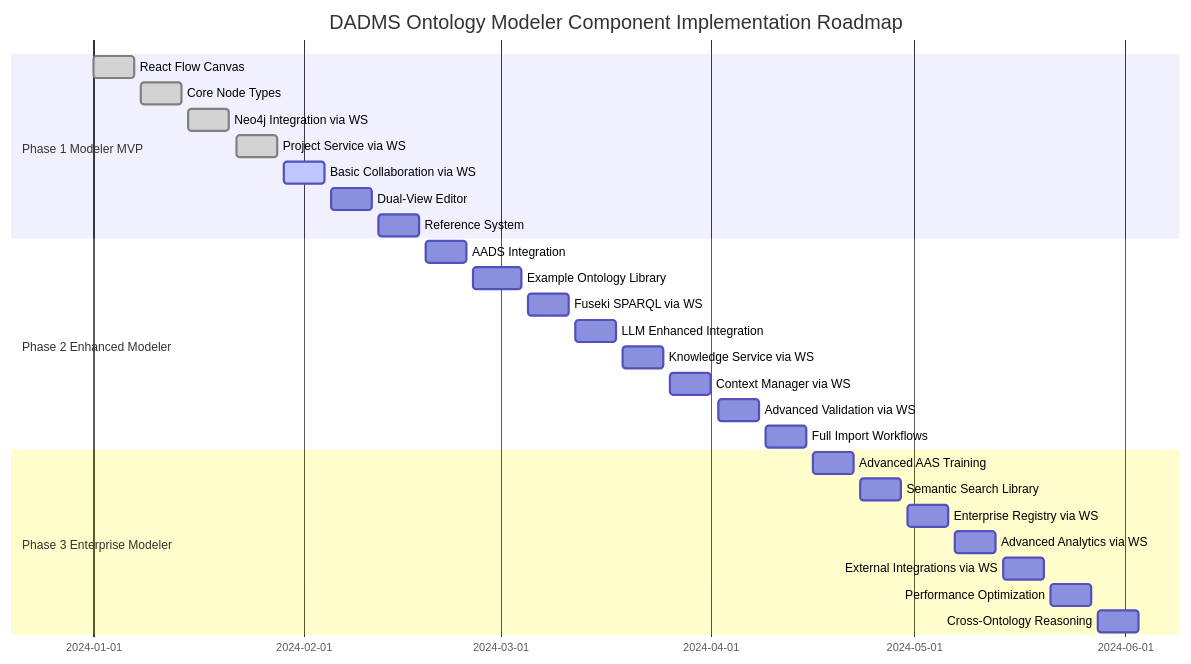
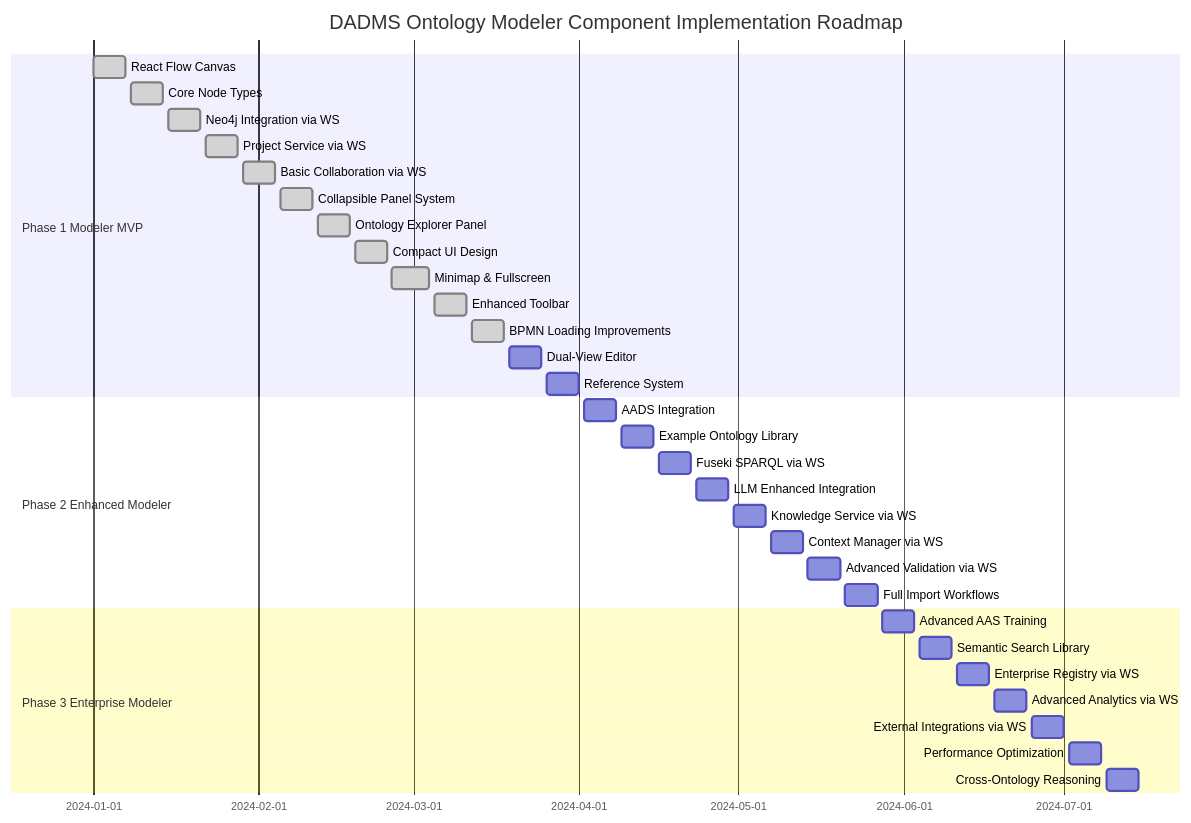
The seventh of 7 diagrams in docs/architecture/ontology_modeler_specification.md (laserpointlabs/dadms), drawn with Mermaid before and after one commit. The commit also changed other lines of this file and 4 other files, not shown here.

First line of the commit message:
feat: Enhance BPMN modeler with improved loading and UI state management

````diff
--- a/docs/architecture/ontology_modeler_specification.md
+++ b/docs/architecture/ontology_modeler_specification.md
@@ -485,32 +535,38 @@
 ```mermaid
 gantt
     title DADMS Ontology Modeler Component Implementation Roadmap
     dateFormat  YYYY-MM-DD
     section Phase 1 Modeler MVP
     React Flow Canvas            :done, canvas, 2024-01-01, 2024-01-07
     Core Node Types             :done, nodes, 2024-01-08, 2024-01-14
     Neo4j Integration via WS    :done, neo4j, 2024-01-15, 2024-01-21
     Project Service via WS      :done, project, 2024-01-22, 2024-01-28
-    Basic Collaboration via WS  :active, collab1, 2024-01-29, 2024-02-04
-    Dual-View Editor            :dualview, 2024-02-05, 2024-02-11
-    Reference System            :reference, 2024-02-12, 2024-02-18
+    Basic Collaboration via WS  :done, collab1, 2024-01-29, 2024-02-04
+    Collapsible Panel System    :done, panels, 2024-02-05, 2024-02-11
+    Ontology Explorer Panel     :done, explorer, 2024-02-12, 2024-02-18
+    Compact UI Design           :done, compact, 2024-02-19, 2024-02-25
+    Minimap & Fullscreen        :done, controls, 2024-02-26, 2024-03-04
+    Enhanced Toolbar            :done, toolbar, 2024-03-05, 2024-03-11
+    BPMN Loading Improvements   :done, bpmn, 2024-03-12, 2024-03-18
+    Dual-View Editor            :dualview, 2024-03-19, 2024-03-25
+    Reference System            :reference, 2024-03-26, 2024-04-01
     
     section Phase 2 Enhanced Modeler
-    AADS Integration            :aads, 2024-02-19, 2024-02-25
-    Example Ontology Library    :examples, 2024-02-26, 2024-03-04
-    Fuseki SPARQL via WS        :fuseki, 2024-03-05, 2024-03-11
-    LLM Enhanced Integration    :llm, 2024-03-12, 2024-03-18
-    Knowledge Service via WS    :knowledge, 2024-03-19, 2024-03-25
-    Context Manager via WS      :context, 2024-03-26, 2024-04-01
-    Advanced Validation via WS  :validation, 2024-04-02, 2024-04-08
-    Full Import Workflows       :import, 2024-04-09, 2024-04-15
+    AADS Integration            :aads, 2024-04-02, 2024-04-08
+    Example Ontology Library    :examples, 2024-04-09, 2024-04-15
+    Fuseki SPARQL via WS        :fuseki, 2024-04-16, 2024-04-22
+    LLM Enhanced Integration    :llm, 2024-04-23, 2024-04-29
+    Knowledge Service via WS    :knowledge, 2024-04-30, 2024-05-06
+    Context Manager via WS      :context, 2024-05-07, 2024-05-13
+    Advanced Validation via WS  :validation, 2024-05-14, 2024-05-20
+    Full Import Workflows       :import, 2024-05-21, 2024-05-27
     
     section Phase 3 Enterprise Modeler
-    Advanced AAS Training       :aas_training, 2024-04-16, 2024-04-22
-    Semantic Search Library     :search, 2024-04-23, 2024-04-29
-    Enterprise Registry via WS  :registry, 2024-04-30, 2024-05-06
-    Advanced Analytics via WS   :analytics, 2024-05-07, 2024-05-13
-    External Integrations via WS :external, 2024-05-14, 2024-05-20
-    Performance Optimization    :perf, 2024-05-21, 2024-05-27
-    Cross-Ontology Reasoning    :reasoning, 2024-05-28, 2024-06-03
+    Advanced AAS Training       :aas_training, 2024-05-28, 2024-06-03
+    Semantic Search Library     :search, 2024-06-04, 2024-06-10
+    Enterprise Registry via WS  :registry, 2024-06-11, 2024-06-17
+    Advanced Analytics via WS   :analytics, 2024-06-18, 2024-06-24
+    External Integrations via WS :external, 2024-06-25, 2024-07-01
+    Performance Optimization    :perf, 2024-07-02, 2024-07-08
+    Cross-Ontology Reasoning    :reasoning, 2024-07-09, 2024-07-15
 ```
````
